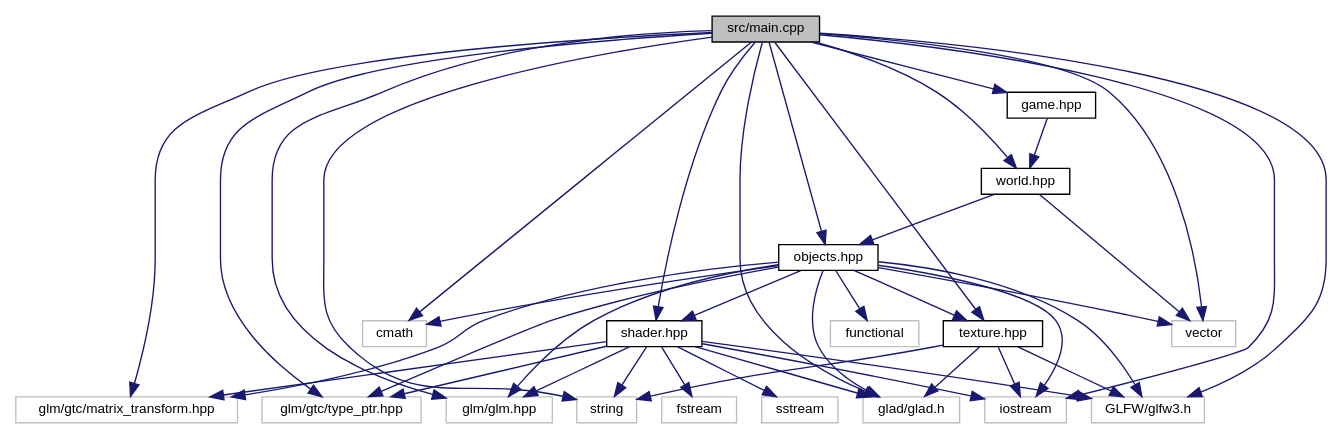
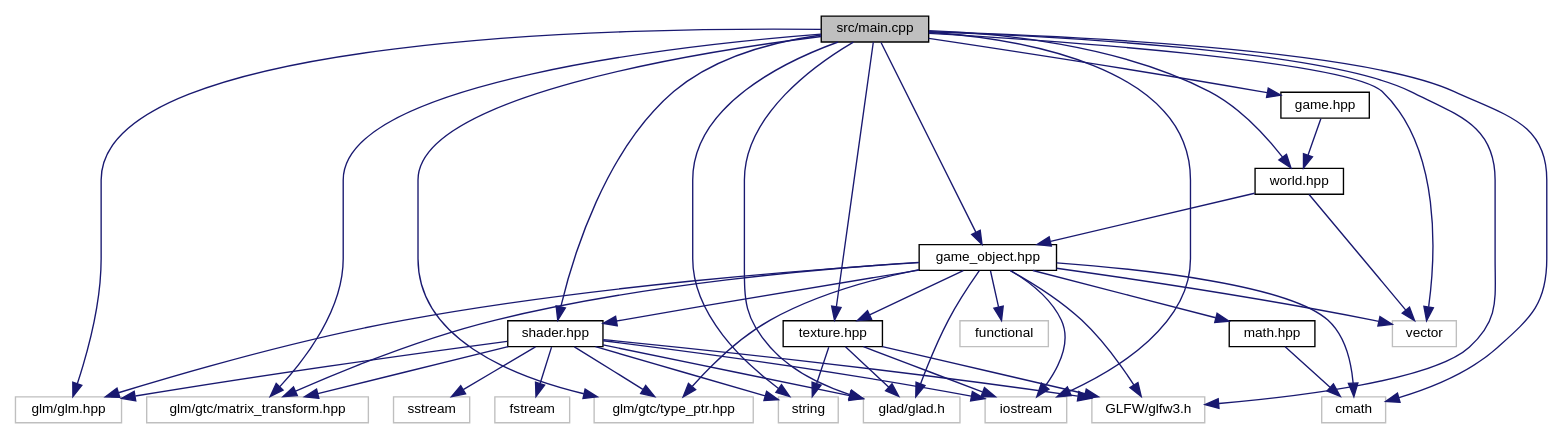
One commit to noah1510/redhand changed the diagram in main_8cpp__incl.dot. Above: the diagram before and after it, drawn with Graphviz. The commit also changed 255 other files, not shown here.

```diff
--- a/main_8cpp__incl.dot
+++ b/main_8cpp__incl.dot
@@ -1,64 +1,67 @@
 digraph "src/main.cpp"
 {
   edge [fontname="Helvetica",fontsize="10",labelfontname="Helvetica",labelfontsize="10"];
   node [fontname="Helvetica",fontsize="10",shape=record];
   Node0 [label="src/main.cpp",height=0.2,width=0.4,color="black", fillcolor="grey75", style="filled", fontcolor="black"];
   Node0 -> Node1 [color="midnightblue",fontsize="10",style="solid",fontname="Helvetica"];
   Node1 [label="glad/glad.h",height=0.2,width=0.4,color="grey75", fillcolor="white", style="filled"];
   Node0 -> Node2 [color="midnightblue",fontsize="10",style="solid",fontname="Helvetica"];
   Node2 [label="GLFW/glfw3.h",height=0.2,width=0.4,color="grey75", fillcolor="white", style="filled"];
   Node0 -> Node3 [color="midnightblue",fontsize="10",style="solid",fontname="Helvetica"];
   Node3 [label="glm/glm.hpp",height=0.2,width=0.4,color="grey75", fillcolor="white", style="filled"];
   Node0 -> Node4 [color="midnightblue",fontsize="10",style="solid",fontname="Helvetica"];
   Node4 [label="glm/gtc/matrix_transform.hpp",height=0.2,width=0.4,color="grey75", fillcolor="white", style="filled"];
   Node0 -> Node5 [color="midnightblue",fontsize="10",style="solid",fontname="Helvetica"];
   Node5 [label="glm/gtc/type_ptr.hpp",height=0.2,width=0.4,color="grey75", fillcolor="white", style="filled"];
   Node0 -> Node6 [color="midnightblue",fontsize="10",style="solid",fontname="Helvetica"];
   Node6 [label="iostream",height=0.2,width=0.4,color="grey75", fillcolor="white", style="filled"];
   Node0 -> Node7 [color="midnightblue",fontsize="10",style="solid",fontname="Helvetica"];
   Node7 [label="cmath",height=0.2,width=0.4,color="grey75", fillcolor="white", style="filled"];
   Node0 -> Node8 [color="midnightblue",fontsize="10",style="solid",fontname="Helvetica"];
   Node8 [label="string",height=0.2,width=0.4,color="grey75", fillcolor="white", style="filled"];
   Node0 -> Node9 [color="midnightblue",fontsize="10",style="solid",fontname="Helvetica"];
   Node9 [label="vector",height=0.2,width=0.4,color="grey75", fillcolor="white", style="filled"];
   Node0 -> Node10 [color="midnightblue",fontsize="10",style="solid",fontname="Helvetica"];
-  Node10 [label="objects.hpp",height=0.2,width=0.4,color="black", fillcolor="white", style="filled",URL="$objects_8hpp.html"];
+  Node10 [label="game_object.hpp",height=0.2,width=0.4,color="black", fillcolor="white", style="filled",URL="$game__object_8hpp.html"];
   Node10 -> Node11 [color="midnightblue",fontsize="10",style="solid",fontname="Helvetica"];
   Node11 [label="shader.hpp",height=0.2,width=0.4,color="black", fillcolor="white", style="filled",URL="$shader_8hpp.html"];
   Node11 -> Node1 [color="midnightblue",fontsize="10",style="solid",fontname="Helvetica"];
   Node11 -> Node2 [color="midnightblue",fontsize="10",style="solid",fontname="Helvetica"];
   Node11 -> Node3 [color="midnightblue",fontsize="10",style="solid",fontname="Helvetica"];
   Node11 -> Node4 [color="midnightblue",fontsize="10",style="solid",fontname="Helvetica"];
   Node11 -> Node5 [color="midnightblue",fontsize="10",style="solid",fontname="Helvetica"];
   Node11 -> Node8 [color="midnightblue",fontsize="10",style="solid",fontname="Helvetica"];
   Node11 -> Node12 [color="midnightblue",fontsize="10",style="solid",fontname="Helvetica"];
   Node12 [label="fstream",height=0.2,width=0.4,color="grey75", fillcolor="white", style="filled"];
   Node11 -> Node13 [color="midnightblue",fontsize="10",style="solid",fontname="Helvetica"];
   Node13 [label="sstream",height=0.2,width=0.4,color="grey75", fillcolor="white", style="filled"];
   Node11 -> Node6 [color="midnightblue",fontsize="10",style="solid",fontname="Helvetica"];
   Node10 -> Node14 [color="midnightblue",fontsize="10",style="solid",fontname="Helvetica"];
   Node14 [label="texture.hpp",height=0.2,width=0.4,color="black", fillcolor="white", style="filled",URL="$texture_8hpp.html"];
   Node14 -> Node8 [color="midnightblue",fontsize="10",style="solid",fontname="Helvetica"];
   Node14 -> Node1 [color="midnightblue",fontsize="10",style="solid",fontname="Helvetica"];
   Node14 -> Node2 [color="midnightblue",fontsize="10",style="solid",fontname="Helvetica"];
   Node14 -> Node6 [color="midnightblue",fontsize="10",style="solid",fontname="Helvetica"];
+  Node10 -> Node15 [color="midnightblue",fontsize="10",style="solid",fontname="Helvetica"];
+  Node15 [label="math.hpp",height=0.2,width=0.4,color="black", fillcolor="white", style="filled",URL="$math_8hpp.html"];
+  Node15 -> Node7 [color="midnightblue",fontsize="10",style="solid",fontname="Helvetica"];
   Node10 -> Node7 [color="midnightblue",fontsize="10",style="solid",fontname="Helvetica"];
   Node10 -> Node6 [color="midnightblue",fontsize="10",style="solid",fontname="Helvetica"];
   Node10 -> Node9 [color="midnightblue",fontsize="10",style="solid",fontname="Helvetica"];
-  Node10 -> Node15 [color="midnightblue",fontsize="10",style="solid",fontname="Helvetica"];
-  Node15 [label="functional",height=0.2,width=0.4,color="grey75", fillcolor="white", style="filled"];
+  Node10 -> Node16 [color="midnightblue",fontsize="10",style="solid",fontname="Helvetica"];
+  Node16 [label="functional",height=0.2,width=0.4,color="grey75", fillcolor="white", style="filled"];
   Node10 -> Node3 [color="midnightblue",fontsize="10",style="solid",fontname="Helvetica"];
   Node10 -> Node4 [color="midnightblue",fontsize="10",style="solid",fontname="Helvetica"];
   Node10 -> Node5 [color="midnightblue",fontsize="10",style="solid",fontname="Helvetica"];
   Node10 -> Node1 [color="midnightblue",fontsize="10",style="solid",fontname="Helvetica"];
   Node10 -> Node2 [color="midnightblue",fontsize="10",style="solid",fontname="Helvetica"];
   Node0 -> Node11 [color="midnightblue",fontsize="10",style="solid",fontname="Helvetica"];
   Node0 -> Node14 [color="midnightblue",fontsize="10",style="solid",fontname="Helvetica"];
-  Node0 -> Node16 [color="midnightblue",fontsize="10",style="solid",fontname="Helvetica"];
-  Node16 [label="game.hpp",height=0.2,width=0.4,color="black", fillcolor="white", style="filled",URL="$game_8hpp.html"];
-  Node16 -> Node17 [color="midnightblue",fontsize="10",style="solid",fontname="Helvetica"];
-  Node17 [label="world.hpp",height=0.2,width=0.4,color="black", fillcolor="white", style="filled",URL="$world_8hpp.html"];
-  Node17 -> Node9 [color="midnightblue",fontsize="10",style="solid",fontname="Helvetica"];
-  Node17 -> Node10 [color="midnightblue",fontsize="10",style="solid",fontname="Helvetica"];
   Node0 -> Node17 [color="midnightblue",fontsize="10",style="solid",fontname="Helvetica"];
+  Node17 [label="game.hpp",height=0.2,width=0.4,color="black", fillcolor="white", style="filled",URL="$game_8hpp.html"];
+  Node17 -> Node18 [color="midnightblue",fontsize="10",style="solid",fontname="Helvetica"];
+  Node18 [label="world.hpp",height=0.2,width=0.4,color="black", fillcolor="white", style="filled",URL="$world_8hpp.html"];
+  Node18 -> Node9 [color="midnightblue",fontsize="10",style="solid",fontname="Helvetica"];
+  Node18 -> Node10 [color="midnightblue",fontsize="10",style="solid",fontname="Helvetica"];
+  Node0 -> Node18 [color="midnightblue",fontsize="10",style="solid",fontname="Helvetica"];
 }
```
